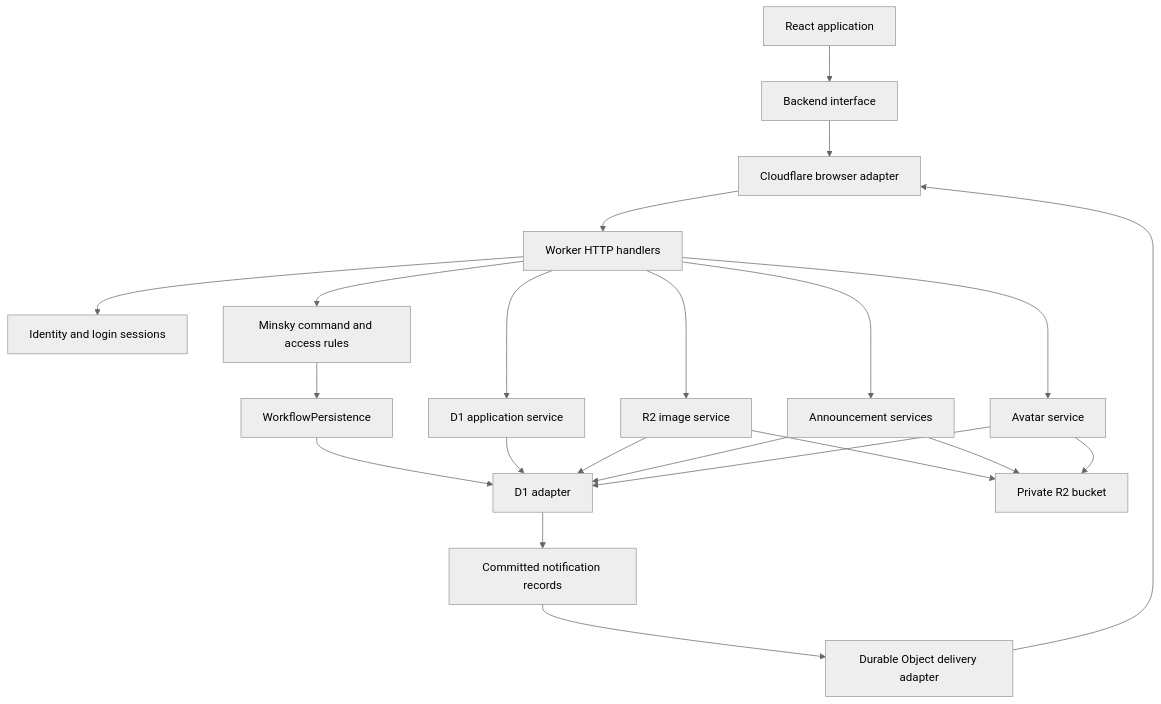
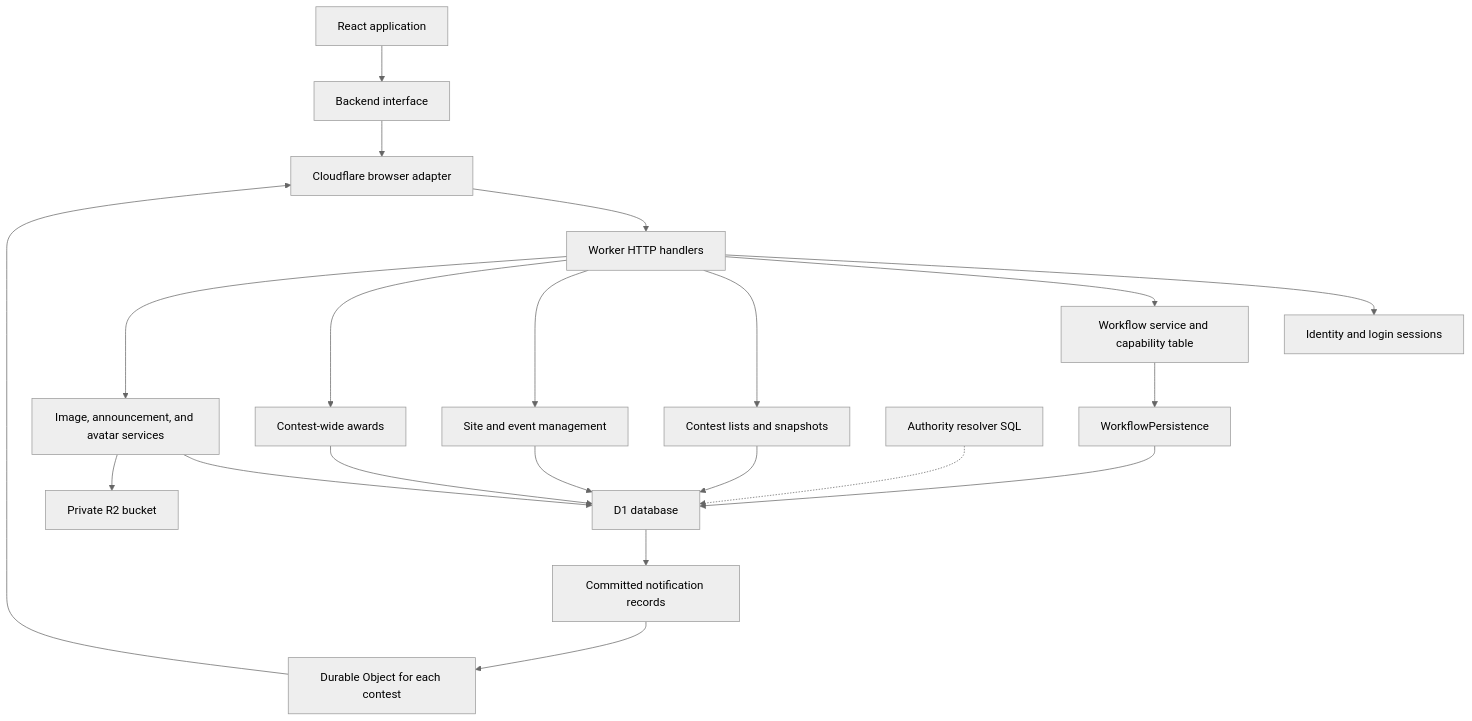
One commit to icaic-official/contest-support changed the diagram in docs/cloudflare-backend-design.md. Above: the diagram before and after it, drawn with Mermaid (neutral theme). The commit also changed other lines of this file and 63 other files, not shown here.

````diff
--- a/docs/cloudflare-backend-design.md
+++ b/docs/cloudflare-backend-design.md
@@ -27,24 +11,23 @@
 ```mermaid
 flowchart TD
     UI[React application] --> Contract[Backend interface]
     Contract --> CF[Cloudflare browser adapter]
     CF --> API[Worker HTTP handlers]
     API --> Identity[Identity and login sessions]
-    API --> Domain[Minsky command and access rules]
+    API --> Domain[Workflow service and capability table]
     Domain --> Persistence[WorkflowPersistence]
-    Persistence --> D1[D1 adapter]
-    API --> Application[D1 application service]
+    Persistence --> D1[D1 database]
+    API --> Application[Contest lists and snapshots]
     Application --> D1
-    API --> Images[R2 image service]
+    API --> Manage[Site and event management]
+    Manage --> D1
+    API --> Awards[Contest-wide awards]
+    Awards --> D1
+    API --> Images[Image, announcement, and avatar services]
     Images --> D1
     Images --> R2[Private R2 bucket]
-    API --> Announcements[Announcement services]
-    Announcements --> D1
-    Announcements --> R2
-    API --> Avatars[Avatar service]
-    Avatars --> D1
-    Avatars --> R2
+    Resolver[Authority resolver SQL] -.-> D1
     D1 --> Pending[Committed notification records]
-    Pending --> Live[Durable Object delivery adapter]
+    Pending --> Live[Durable Object for each contest]
     Live --> CF
 ```
````
